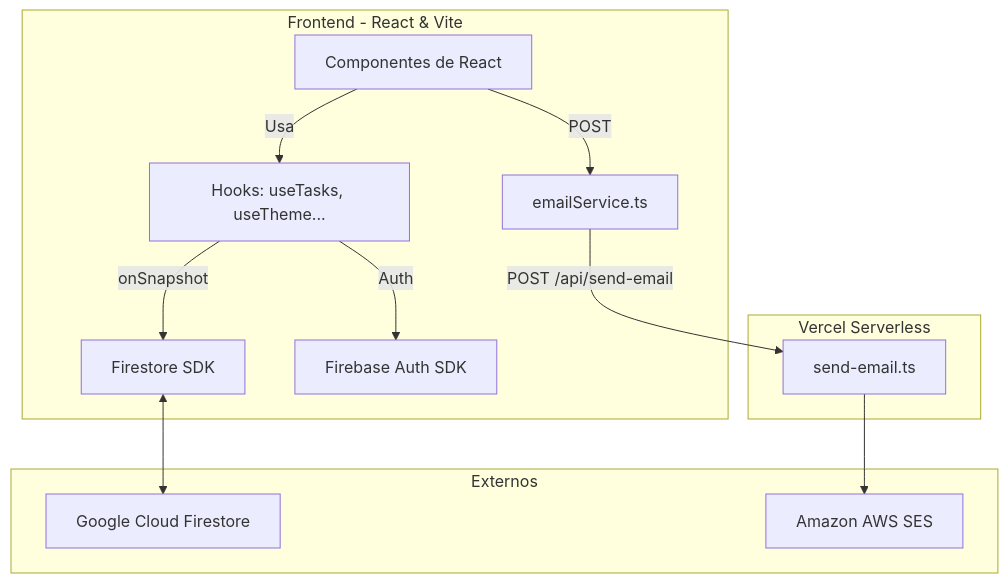
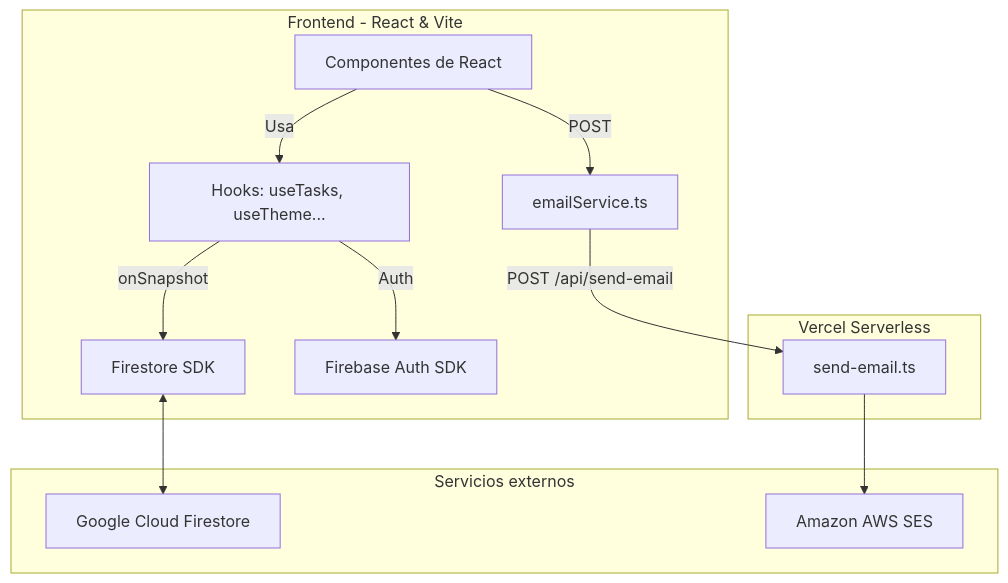
Before and after one commit to kdg13juan-web/Aura: the diagram in README.md, drawn with Mermaid. The commit also changed other lines of this file, not shown here.

````diff
--- a/README.md
+++ b/README.md
@@ -107,18 +126,18 @@
 ```mermaid
 graph TD
     subgraph Cliente [Frontend - React & Vite]
         UI[Componentes de React] -->|Usa| Hooks[Hooks: useTasks, useTheme...]
         Hooks -->|onSnapshot| FirestoreSDK[Firestore SDK]
         Hooks -->|Auth| AuthSDK[Firebase Auth SDK]
         UI -->|POST| EmailClient[emailService.ts]
     end
 
     subgraph Servidor [Vercel Serverless]
         EmailClient -->|POST /api/send-email| SendEmailFunc[send-email.ts]
     end
 
-    subgraph Externos
+    subgraph Externos [Servicios externos]
         FirestoreSDK <--> Firestore[Google Cloud Firestore]
         SendEmailFunc --> SES[Amazon AWS SES]
     end
 ```
````
